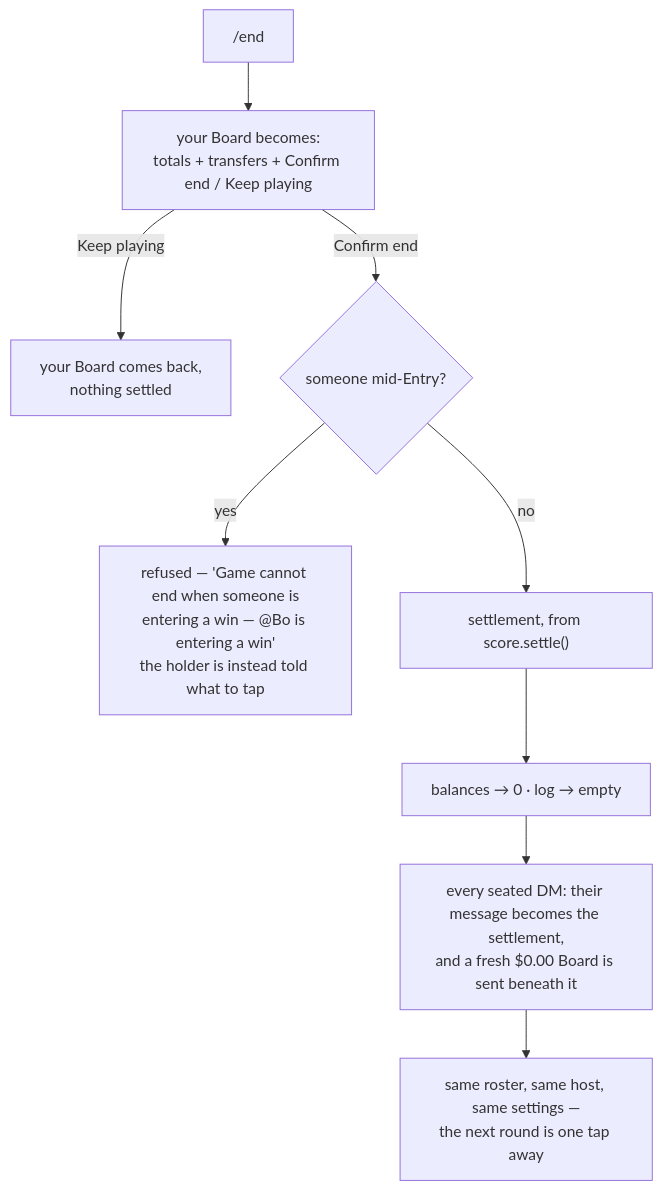
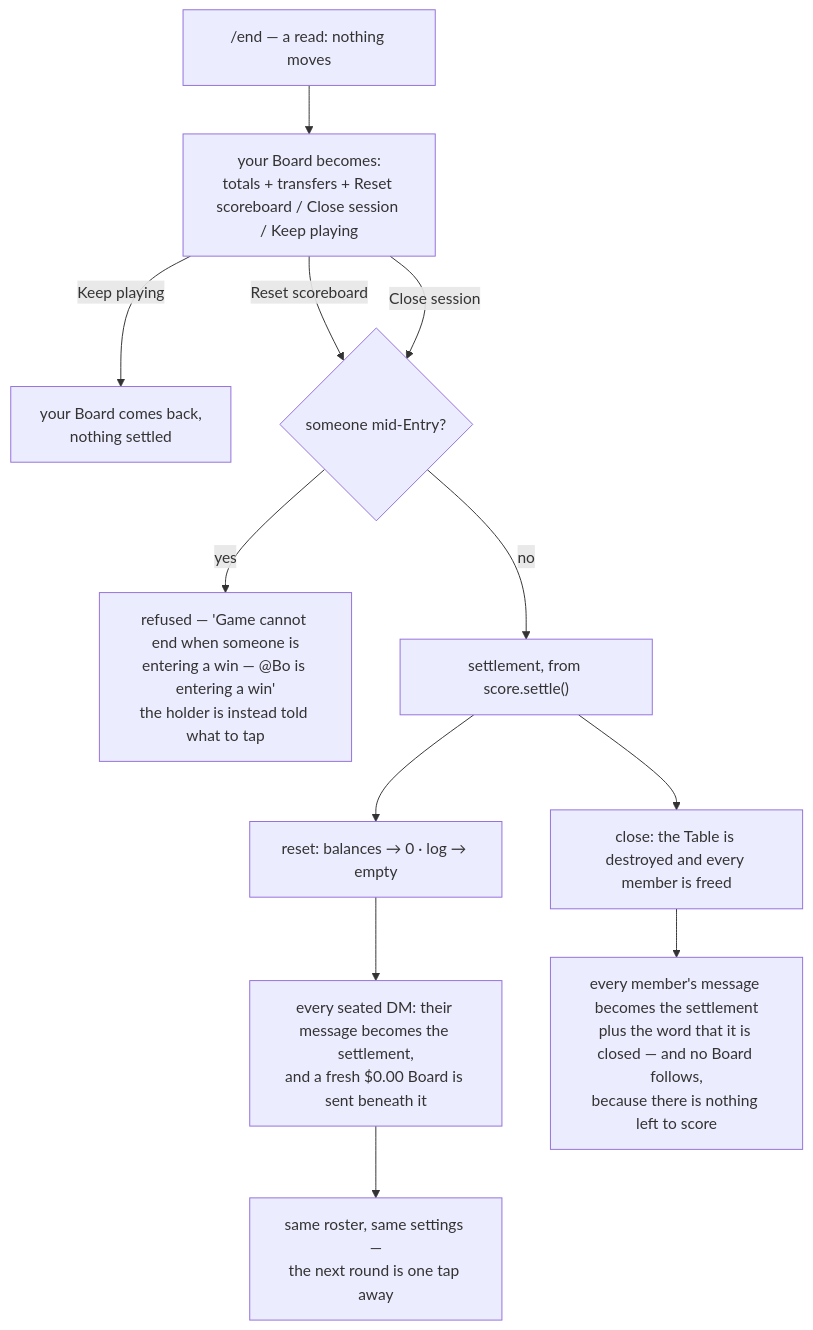
Before and after one commit to jonkoong/SGMahjongCalcTele: the sixth of 7 diagrams in docs/flow.md, drawn with Mermaid. The commit also changed other lines of this file and 16 other files, not shown here.

First line of the commit message:
feat: a session, one settle-up screen, and words that match it

````diff
--- a/docs/flow.md
+++ b/docs/flow.md
@@ -246,11 +249,14 @@
 ```mermaid
 flowchart TD
-    E["/end"] --> Q["your Board becomes:<br/>totals + transfers + Confirm end / Keep playing"]
+    E["/end — a read: nothing moves"] --> Q["your Board becomes:<br/>totals + transfers + Reset scoreboard / Close session / Keep playing"]
     Q -->|"Keep playing"| B["your Board comes back,<br/>nothing settled"]
-    Q -->|"Confirm end"| D{"someone mid-Entry?"}
+    Q -->|"Reset scoreboard"| D{"someone mid-Entry?"}
+    Q -->|"Close session"| D
     D -->|yes| R["refused — 'Game cannot end when someone is<br/>entering a win — @Bo is entering a win'<br/>the holder is instead told what to tap"]
     D -->|no| S["settlement, from score.settle()"]
-    S --> Z["balances → 0 · log → empty"]
-    Z --> F["every seated DM: their message becomes the settlement,<br/>and a fresh $0.00 Board is sent beneath it"]
-    F --> B2["same roster, same host, same settings —<br/>the next round is one tap away"]
+    S --> Z1["reset: balances → 0 · log → empty"]
+    S --> Z2["close: the Table is destroyed and every member is freed"]
+    Z1 --> F["every seated DM: their message becomes the settlement,<br/>and a fresh $0.00 Board is sent beneath it"]
+    F --> B2["same roster, same settings —<br/>the next round is one tap away"]
+    Z2 --> C["every member's message becomes the settlement<br/>plus the word that it is closed — and no Board follows,<br/>because there is nothing left to score"]
 ```
````
